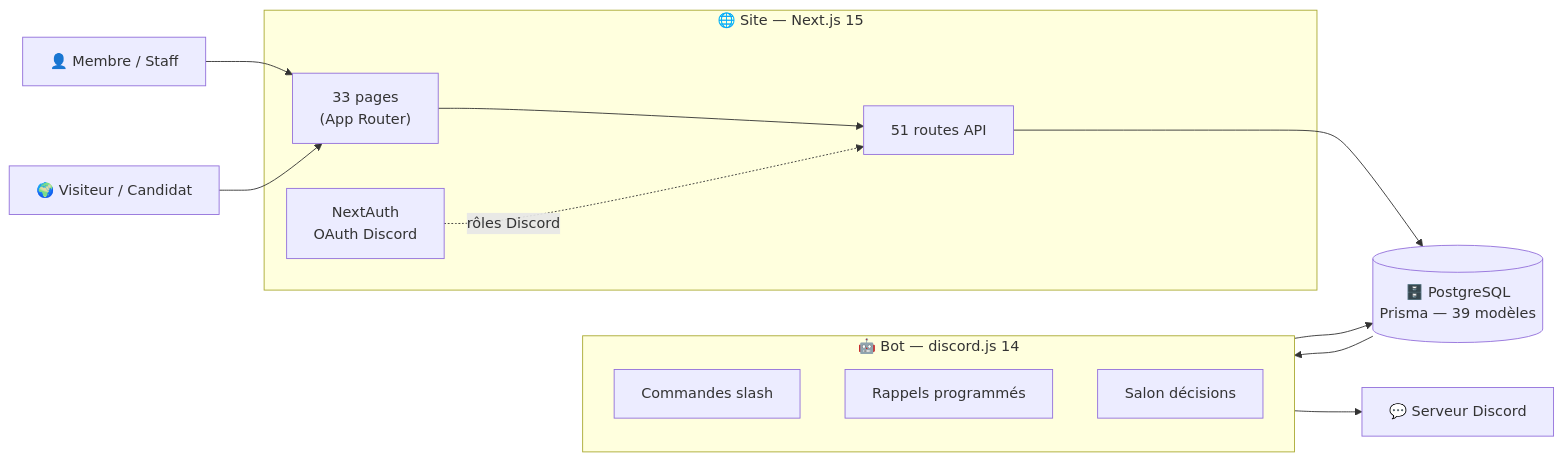
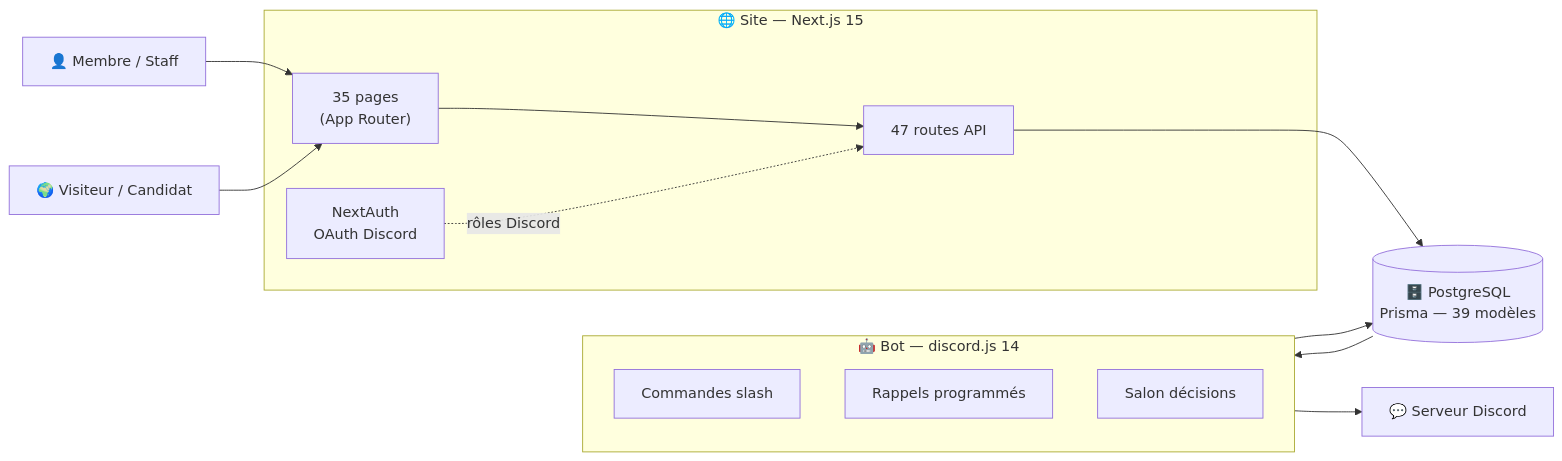
One commit to maximedespaux/vanguardmmo changed the first of 5 diagrams in README.md. Above: the diagram before and after it, drawn with Mermaid. The commit also changed other lines of this file and 645 other files, not shown here.

````diff
--- a/README.md
+++ b/README.md
@@ -28,23 +28,23 @@
 ```mermaid
 flowchart LR
     M["👤 Membre / Staff"] --> UI
     V["🌍 Visiteur / Candidat"] --> UI
 
     subgraph SITE["🌐 Site — Next.js 15"]
-        UI["33 pages<br/>(App Router)"] --> API["51 routes API"]
+        UI["35 pages<br/>(App Router)"] --> API["47 routes API"]
         AUTH["NextAuth<br/>OAuth Discord"]
     end
 
     API --> DB[("🗄️ PostgreSQL<br/>Prisma — 39 modèles")]
 
     subgraph BOT["🤖 Bot — discord.js 14"]
         CMD["Commandes slash"]
         CRON["Rappels programmés"]
         DEC["Salon décisions"]
     end
 
     BOT --> DB
     DB --> BOT
     AUTH -.->|"rôles Discord"| API
     BOT --> DISCORD["💬 Serveur Discord"]
 ```
````
